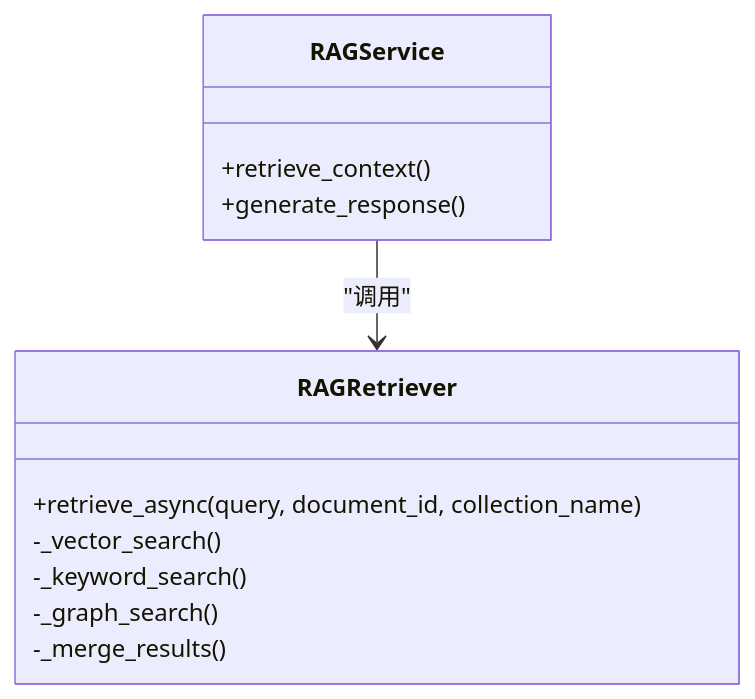
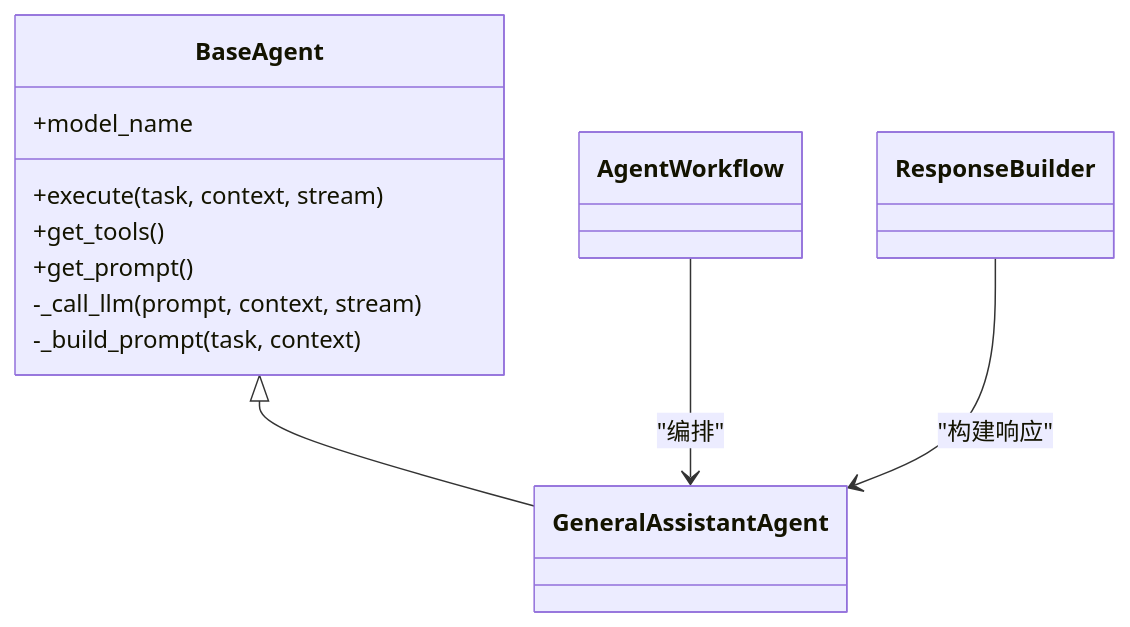
The sixth of 9 diagrams in .qoder/repowiki/zh/content/系统架构/系统架构.md (iammm0/advanced-rag), drawn with Mermaid before and after one commit. The commit also changed other lines of this file and 233 other files, not shown here.

````diff
--- a/.qoder/repowiki/zh/content/系统架构/系统架构.md
+++ b/.qoder/repowiki/zh/content/系统架构/系统架构.md
@@ -242,15 +272,17 @@
 ```mermaid
 classDiagram
-class RAGRetriever {
-+retrieve_async(query, document_id, collection_name)
--_vector_search()
--_keyword_search()
--_graph_search()
--_merge_results()
+class BaseAgent {
++model_name
++execute(task, context, stream)
++get_tools()
++get_prompt()
+-_call_llm(prompt, context, stream)
+-_build_prompt(task, context)
 }
-class RAGService {
-+retrieve_context()
-+generate_response()
-}
-RAGService --> RAGRetriever : "调用"
+class GeneralAssistantAgent
+class AgentWorkflow
+class ResponseBuilder
+BaseAgent <|-- GeneralAssistantAgent
+AgentWorkflow --> GeneralAssistantAgent : "编排"
+ResponseBuilder --> GeneralAssistantAgent : "构建响应"
 ```
````
